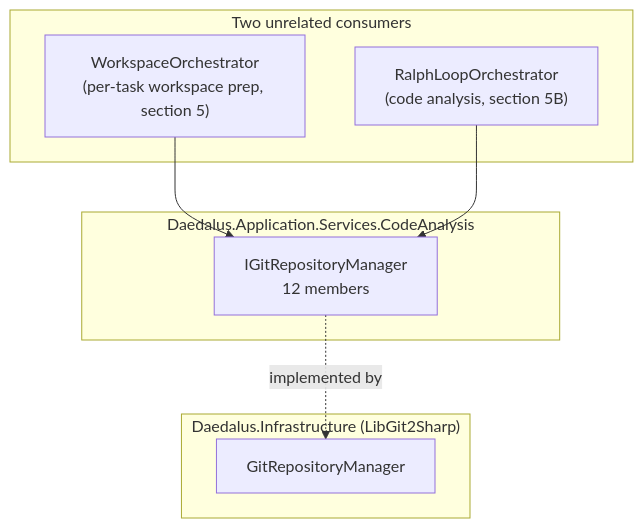
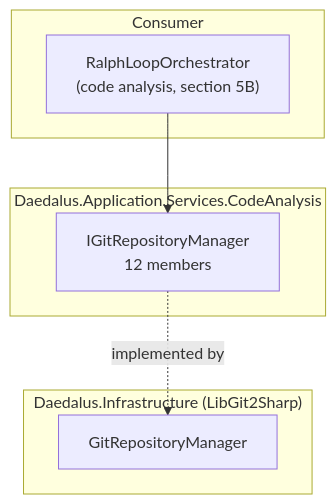
One commit to MarcelRoozekrans/Daedalus.NET changed the fifth of 23 diagrams in docs/architecture-diagrams.md. Above: the diagram before and after it, drawn with Mermaid. The commit also changed other lines of this file and 8 other files, not shown here.

````diff
--- a/docs/architecture-diagrams.md
+++ b/docs/architecture-diagrams.md
@@ -589,19 +526,17 @@
 ```mermaid
 graph TB
-    subgraph Consumers["Two unrelated consumers"]
-        WO["WorkspaceOrchestrator<br/>(per-task workspace prep, section 5)"]
+    subgraph Consumers["Consumer"]
         RLO["RalphLoopOrchestrator<br/>(code analysis, section 5B)"]
     end
 
     subgraph App["Daedalus.Application.Services.CodeAnalysis"]
         GM["IGitRepositoryManager<br/>12 members"]
     end
 
     subgraph Infra["Daedalus.Infrastructure (LibGit2Sharp)"]
         IMPL["GitRepositoryManager"]
     end
 
-    WO --> GM
     RLO --> GM
     GM -.implemented by.-> IMPL
 ```
````
